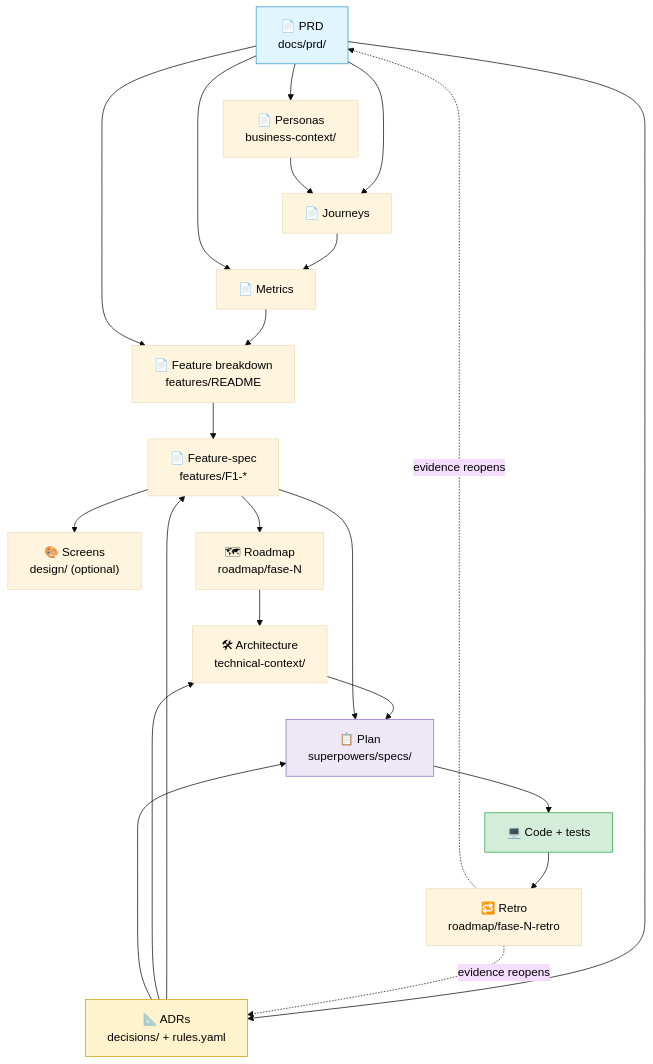
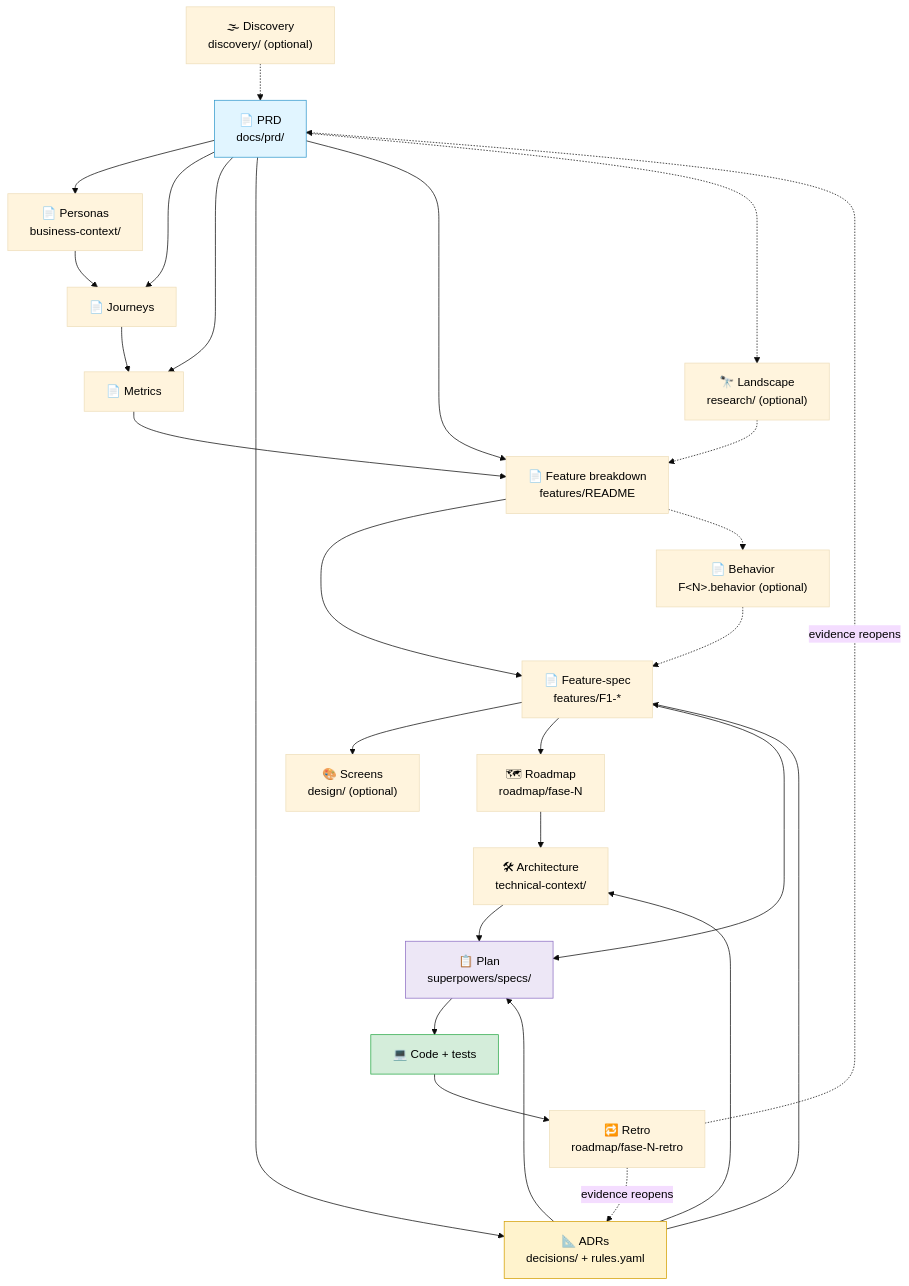
Before and after one commit to AInsteinsBR/renata: the fourth of 5 diagrams in GETTING-STARTED.md, drawn with Mermaid (base theme). The commit also changed other lines of this file, not shown here.

````diff
--- a/GETTING-STARTED.md
+++ b/GETTING-STARTED.md
@@ -203,34 +210,39 @@
 ```mermaid
 flowchart TD
-    PRD["📄 PRD<br/>docs/prd/"] --> PERS["📄 Personas<br/>business-context/"]
+    DISC["🌫 Discovery<br/>discovery/ (optional)"] -.-> PRD["📄 PRD<br/>docs/prd/"]
+    PRD --> PERS["📄 Personas<br/>business-context/"]
     PRD --> JOR["📄 Journeys"]
     PERS --> JOR
     JOR --> MET["📄 Metrics"]
     PRD --> MET
     PRD --> ADR["📐 ADRs<br/>decisions/ + rules.yaml"]
     MET --> FEAT["📄 Feature breakdown<br/>features/README"]
     PRD --> FEAT
+    PRD -.-> LAND["🔭 Landscape<br/>research/ (optional)"]
+    LAND -.-> FEAT
     ADR --> SPEC["📄 Feature-spec<br/>features/F1-*"]
     FEAT --> SPEC
+    FEAT -.-> BEH["📄 Behavior<br/>F&lt;N&gt;.behavior (optional)"]
+    BEH -.-> SPEC
     SPEC --> SCR["🎨 Screens<br/>design/ (optional)"]
     SPEC --> ROAD["🗺 Roadmap<br/>roadmap/fase-N"]
     ROAD --> ARQ["🛠 Architecture<br/>technical-context/"]
     ADR --> ARQ
     ARQ --> PLAN["📋 Plan<br/>superpowers/specs/"]
     SPEC --> PLAN
     ADR --> PLAN
     PLAN --> CODE["💻 Code + tests"]
     CODE --> RETRO["🔁 Retro<br/>roadmap/fase-N-retro"]
     RETRO -.evidence reopens.-> PRD
     RETRO -.evidence reopens.-> ADR
 
     classDef root fill:#e1f5ff,stroke:#3399cc,color:#000
     classDef adr  fill:#fff3cd,stroke:#d39e00,color:#000
     classDef code fill:#d4edda,stroke:#28a745,color:#000
     classDef plan fill:#ede7f6,stroke:#8e6fc4,color:#000
 
     class PRD root
     class ADR adr
     class CODE code
     class PLAN plan
 ```
````
